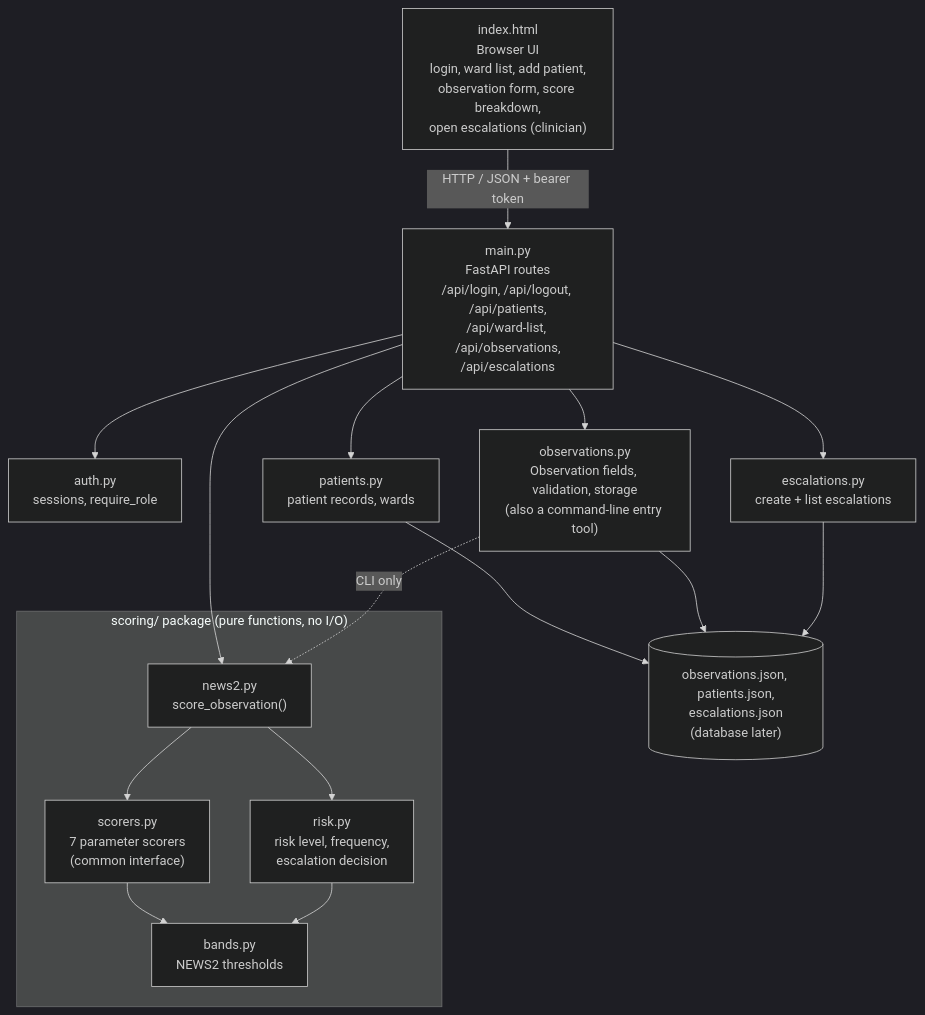
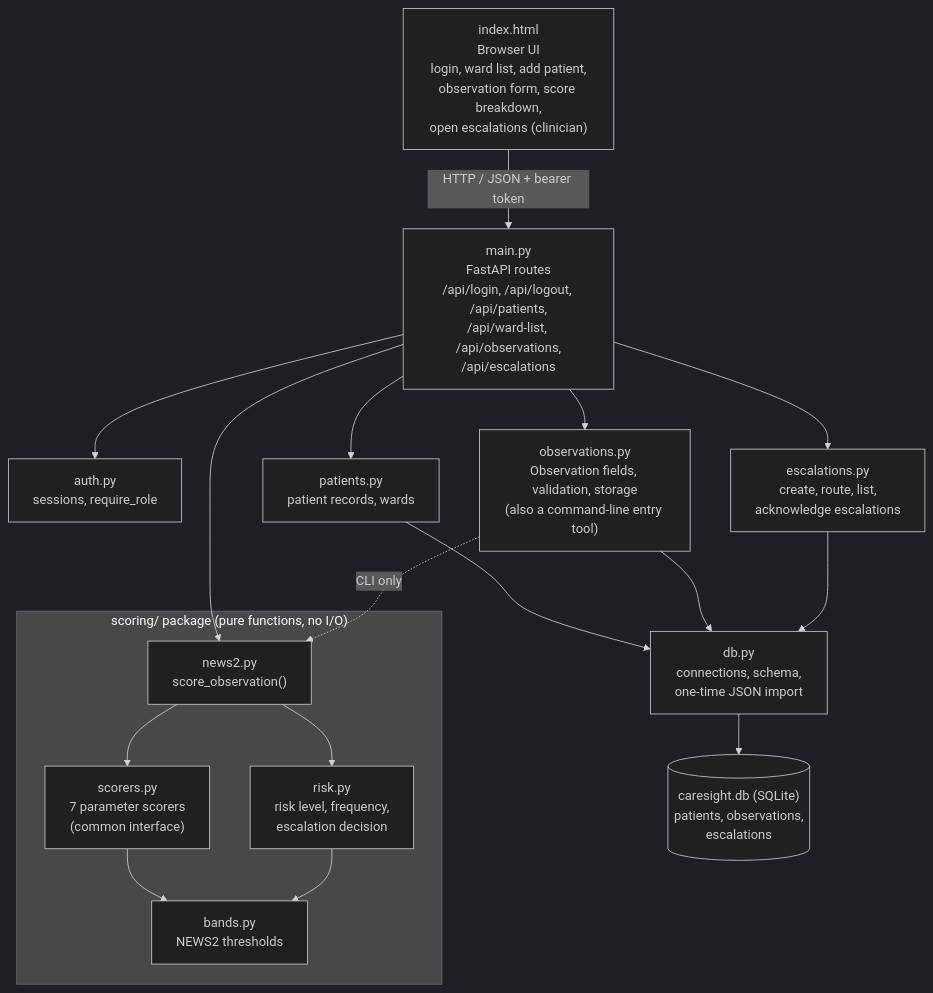
Before and after one commit to n85mith/COMP3415-GROUP_PROJECT: the diagram in docs/ARCHITECTURE.md, drawn with Mermaid (dark theme). The commit also changed other lines of this file and 3 other files, not shown here.

Commit message:
docs: update README, architecture, testing and backlog for P4 backend (US-02, US-07, US-08)

````diff
--- a/docs/ARCHITECTURE.md
+++ b/docs/ARCHITECTURE.md
@@ -5,31 +5,33 @@
 ```mermaid
 flowchart TD
     UI["index.html<br/>Browser UI<br/>login, ward list, add patient,<br/>observation form, score breakdown,<br/>open escalations (clinician)"]
     API["main.py<br/>FastAPI routes<br/>/api/login, /api/logout, /api/patients,<br/>/api/ward-list, /api/observations,<br/>/api/escalations"]
     AUTH["auth.py<br/>sessions, require_role"]
     PAT["patients.py<br/>patient records, wards"]
     OBS["observations.py<br/>Observation fields, validation, storage<br/>(also a command-line entry tool)"]
-    ESC["escalations.py<br/>create + list escalations"]
+    ESC["escalations.py<br/>create, route, list,<br/>acknowledge escalations"]
     subgraph SCORING["scoring/ package (pure functions, no I/O)"]
         NEWS["news2.py<br/>score_observation()"]
         SCORERS["scorers.py<br/>7 parameter scorers<br/>(common interface)"]
         BANDS["bands.py<br/>NEWS2 thresholds"]
         RISK["risk.py<br/>risk level, frequency,<br/>escalation decision"]
     end
-    STORE[("observations.json, patients.json,<br/>escalations.json<br/>(database later)")]
+    DB["db.py<br/>connections, schema,<br/>one-time JSON import"]
+    STORE[("caresight.db (SQLite)<br/>patients, observations,<br/>escalations")]
 
     UI -- "HTTP / JSON + bearer token" --> API
     API --> AUTH
     API --> PAT
     API --> OBS
     API --> NEWS
     API --> ESC
-    PAT --> STORE
-    OBS --> STORE
-    ESC --> STORE
+    PAT --> DB
+    OBS --> DB
+    ESC --> DB
+    DB --> STORE
     OBS -.->|CLI only| NEWS
     NEWS --> SCORERS
     NEWS --> RISK
     SCORERS --> BANDS
     RISK --> BANDS
 ```
````
